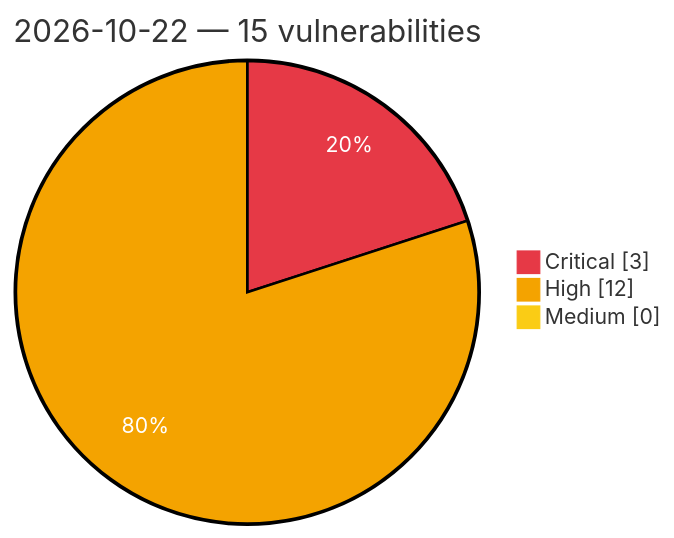
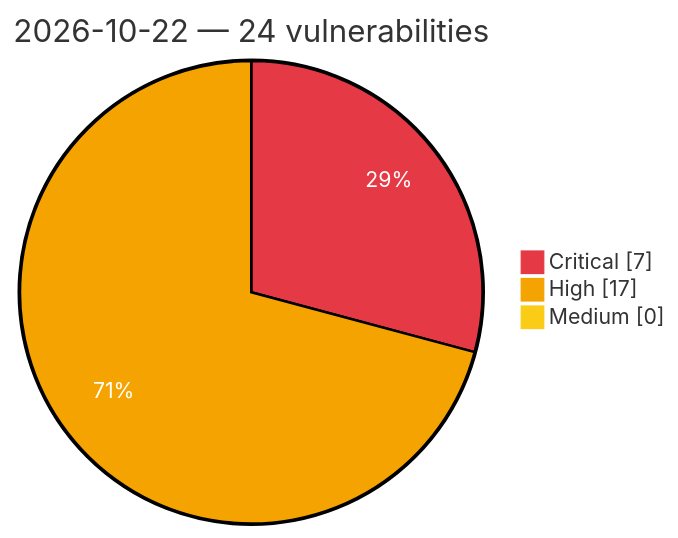
Before and after one commit to GhostX0X/vuln-tracker: the diagram in vulnerabilities/2026/October/2026-10-22.md, drawn with Mermaid. The commit also changed other lines of this file and 5 other files, not shown here.

Commit message:
Auto update: critical/high vulns (2026-10-22 10:25 UTC)

````diff
--- a/vulnerabilities/2026/October/2026-10-22.md
+++ b/vulnerabilities/2026/October/2026-10-22.md
@@ -3,8 +3,8 @@
 ```mermaid
 %%{init: {'theme':'base', 'themeVariables': {'pie1':'#e63946', 'pie2':'#f4a300', 'pie3':'#facc15', 'pieOpacity':'1', 'pieOuterStrokeWidth':'2px', 'pieSectionTextColor':'#ffffff'}}}%%
 pie showData
-    title 2026-10-22 — 15 vulnerabilities
-    "Critical" : 3
-    "High" : 12
+    title 2026-10-22 — 24 vulnerabilities
+    "Critical" : 7
+    "High" : 17
     "Medium" : 0
 ```
````
